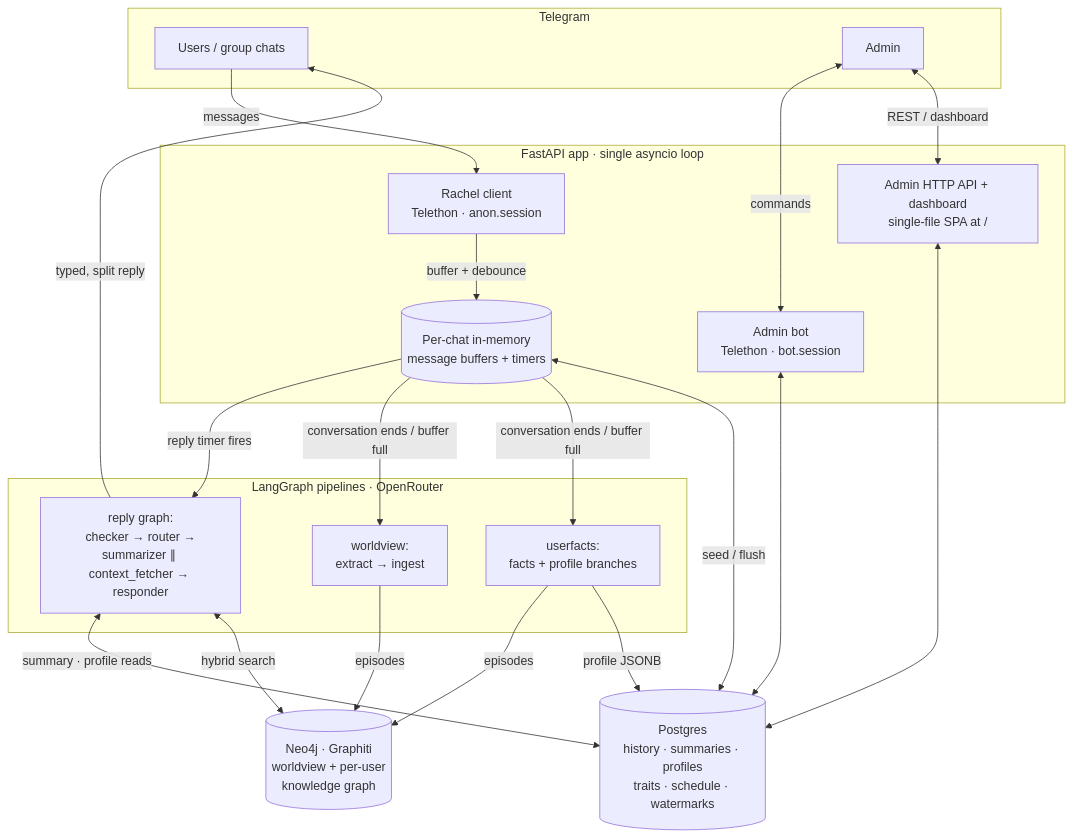
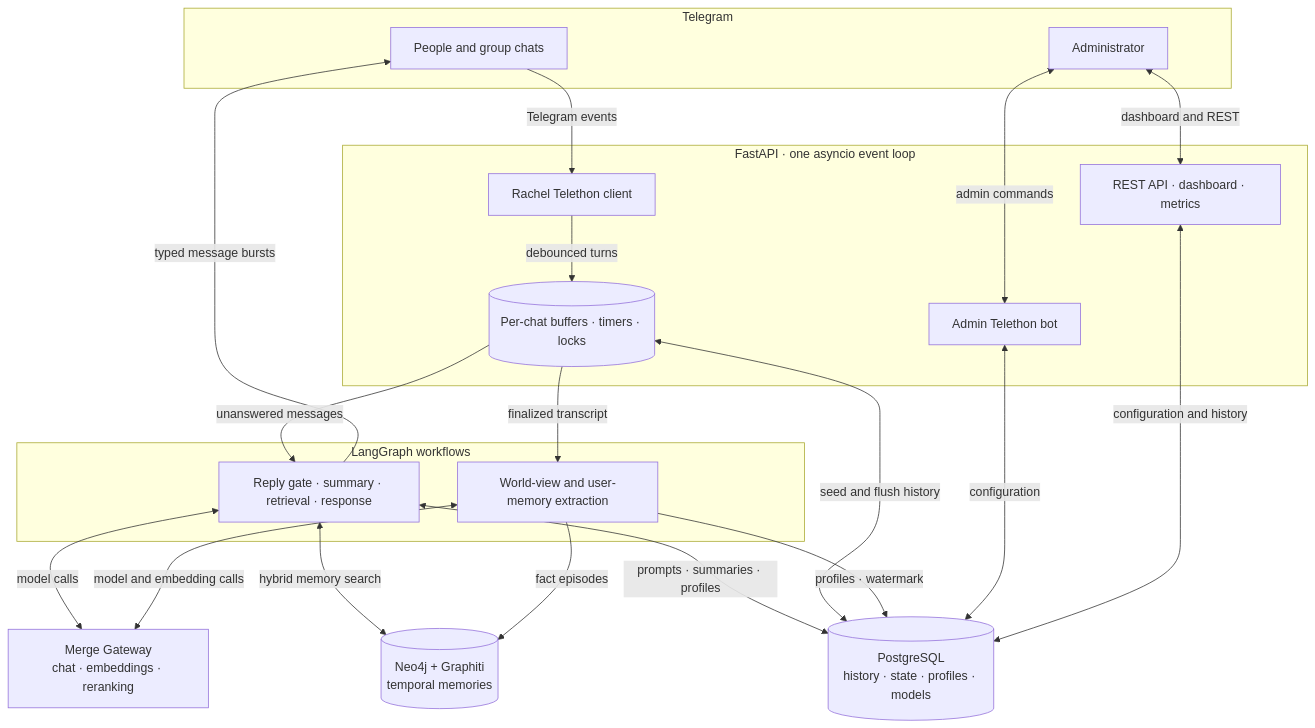
Before and after one commit to GeneralR3d/Rachel: the first of 2 diagrams in README.md, drawn with Mermaid. The commit also changed other lines of this file, not shown here.

````diff
--- a/README.md
+++ b/README.md
@@ -57,40 +56,40 @@
 ```mermaid
 flowchart TB
     subgraph TG[Telegram]
-        U[Users / group chats]
-        A[Admin]
+        U[People and group chats]
+        A[Administrator]
     end
 
-    subgraph APP[FastAPI app · single asyncio loop]
-        RC[Rachel client<br/>Telethon · anon.session]
-        BOT[Admin bot<br/>Telethon · bot.session]
-        API[Admin HTTP API + dashboard<br/>single-file SPA at /]
-        BUF[(Per-chat in-memory<br/>message buffers + timers)]
+    subgraph APP[FastAPI · one asyncio event loop]
+        RC[Rachel Telethon client]
+        BOT[Admin Telethon bot]
+        API[REST API · dashboard · metrics]
+        BUF[(Per-chat buffers · timers · locks)]
     end
 
-    subgraph LLM[LangGraph pipelines · OpenRouter]
-        REPLY[reply graph:<br/>checker → router →<br/>summarizer ∥ context_fetcher → responder]
-        WV[worldview:<br/>extract → ingest]
-        UF[userfacts:<br/>facts + profile branches]
+    subgraph AI[LangGraph workflows]
+        REPLY[Reply gate · summary · retrieval · response]
+        MEM[World-view and user-memory extraction]
     end
 
-    DB[(Postgres<br/>history · summaries · profiles<br/>traits · schedule · watermarks)]
-    KG[(Neo4j · Graphiti<br/>worldview + per-user<br/>knowledge graph)]
+    GW[Merge Gateway<br/>chat · embeddings · reranking]
+    PG[(PostgreSQL<br/>history · state · profiles · models)]
+    N4J[(Neo4j + Graphiti<br/>temporal memories)]
 
-    U -->|messages| RC
-    RC -->|buffer + debounce| BUF
-    BUF -->|reply timer fires| REPLY
-    REPLY -->|typed, split reply| U
-    BUF -->|conversation ends / buffer full| WV
-    BUF -->|conversation ends / buffer full| UF
-    REPLY <-->|summary · profile reads| DB
-    REPLY <-->|hybrid search| KG
-    WV -->|episodes| KG
-    UF -->|episodes| KG
-    UF -->|profile JSONB| DB
-    BUF <-->|seed / flush| DB
-    A <-->|commands| BOT
-    A <-->|REST / dashboard| API
-    BOT <--> DB
-    API <--> DB
+    U -->|Telegram events| RC
+    RC -->|debounced turns| BUF
+    BUF -->|unanswered messages| REPLY
+    REPLY -->|typed message bursts| U
+    BUF -->|finalized transcript| MEM
+    A <-->|admin commands| BOT
+    A <-->|dashboard and REST| API
+    REPLY <-->|prompts · summaries · profiles| PG
+    BUF <-->|seed and flush history| PG
+    MEM -->|profiles · watermark| PG
+    REPLY <-->|hybrid memory search| N4J
+    MEM -->|fact episodes| N4J
+    REPLY <-->|model calls| GW
+    MEM <-->|model and embedding calls| GW
+    BOT <-->|configuration| PG
+    API <-->|configuration and history| PG
 ```
````
